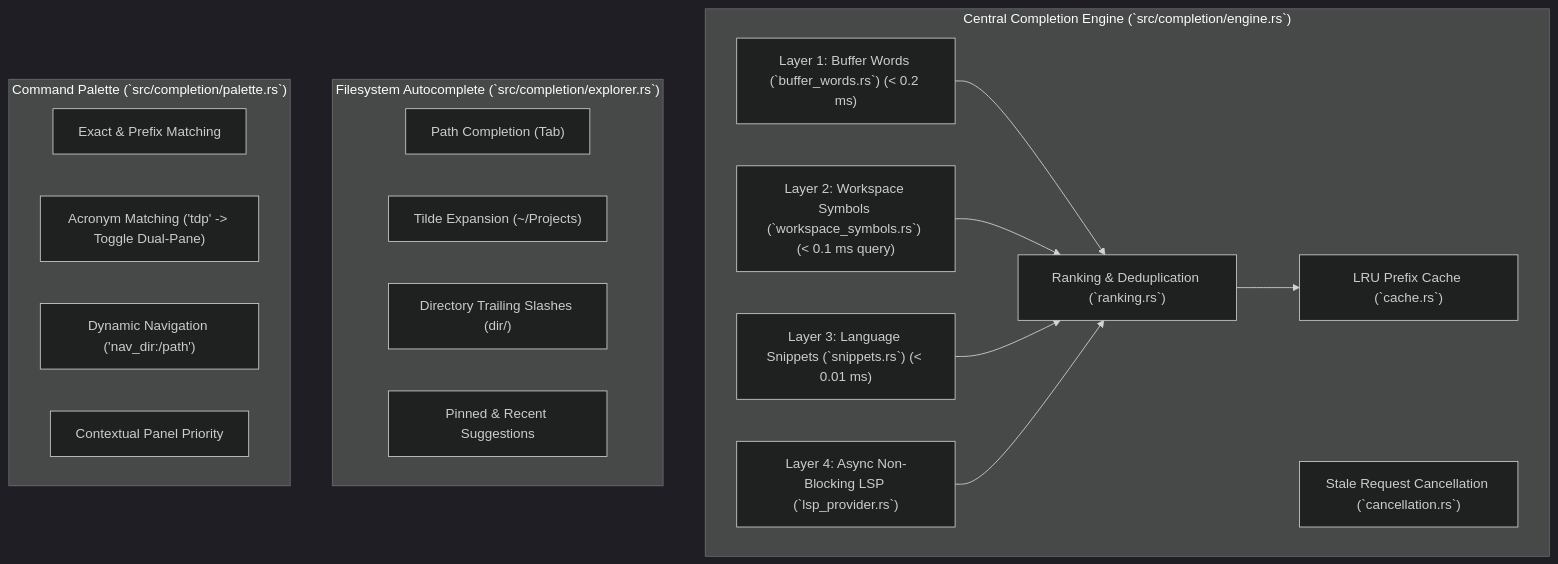
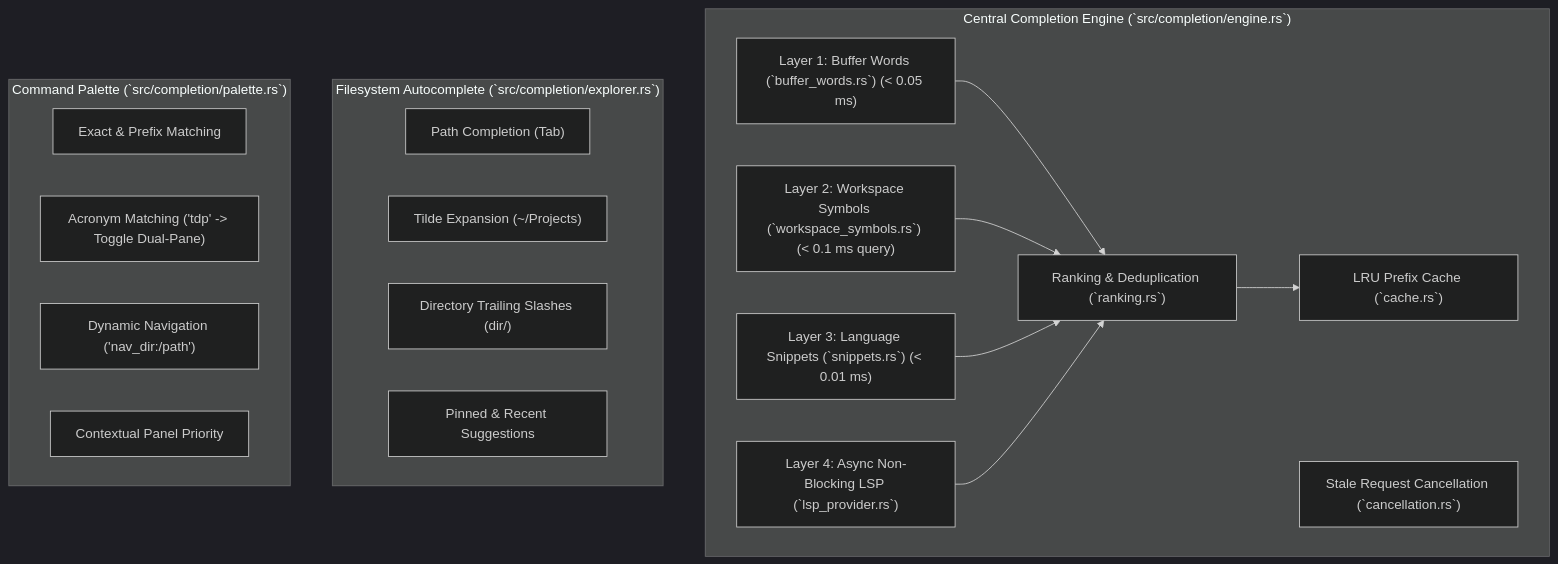
Before and after one commit to jyothiprajith1323/TermExplorer: the diagram in docs/COMPLETION_ENGINE.md, drawn with Mermaid (dark theme). The commit also changed other lines of this file and 15 other files, not shown here.

````diff
--- a/docs/COMPLETION_ENGINE.md
+++ b/docs/COMPLETION_ENGINE.md
@@ -12,32 +14,32 @@
 ```mermaid
 flowchart TD
     subgraph Engine ["Central Completion Engine (`src/completion/engine.rs`)"]
-        L1["Layer 1: Buffer Words (`buffer_words.rs`) (< 0.2 ms)"]
+        L1["Layer 1: Buffer Words (`buffer_words.rs`) (< 0.05 ms)"]
         L2["Layer 2: Workspace Symbols (`workspace_symbols.rs`) (< 0.1 ms query)"]
         L3["Layer 3: Language Snippets (`snippets.rs`) (< 0.01 ms)"]
         L4["Layer 4: Async Non-Blocking LSP (`lsp_provider.rs`)"]
         Rank["Ranking & Deduplication (`ranking.rs`)"]
         Cache["LRU Prefix Cache (`cache.rs`)"]
         Cancel["Stale Request Cancellation (`cancellation.rs`)"]
     end
 
     subgraph Explorer ["Filesystem Autocomplete (`src/completion/explorer.rs`)"]
         P1["Path Completion (Tab)"]
         P2["Tilde Expansion (~/Projects)"]
         P3["Directory Trailing Slashes (dir/)"]
         P4["Pinned & Recent Suggestions"]
     end
 
     subgraph Palette ["Command Palette (`src/completion/palette.rs`)"]
         C1["Exact & Prefix Matching"]
         C2["Acronym Matching ('tdp' -> Toggle Dual-Pane)"]
         C3["Dynamic Navigation ('nav_dir:/path')"]
         C4["Contextual Panel Priority"]
     end
 
     L1 --> Rank
     L2 --> Rank
     L3 --> Rank
     L4 --> Rank
     Rank --> Cache
 ```
````
